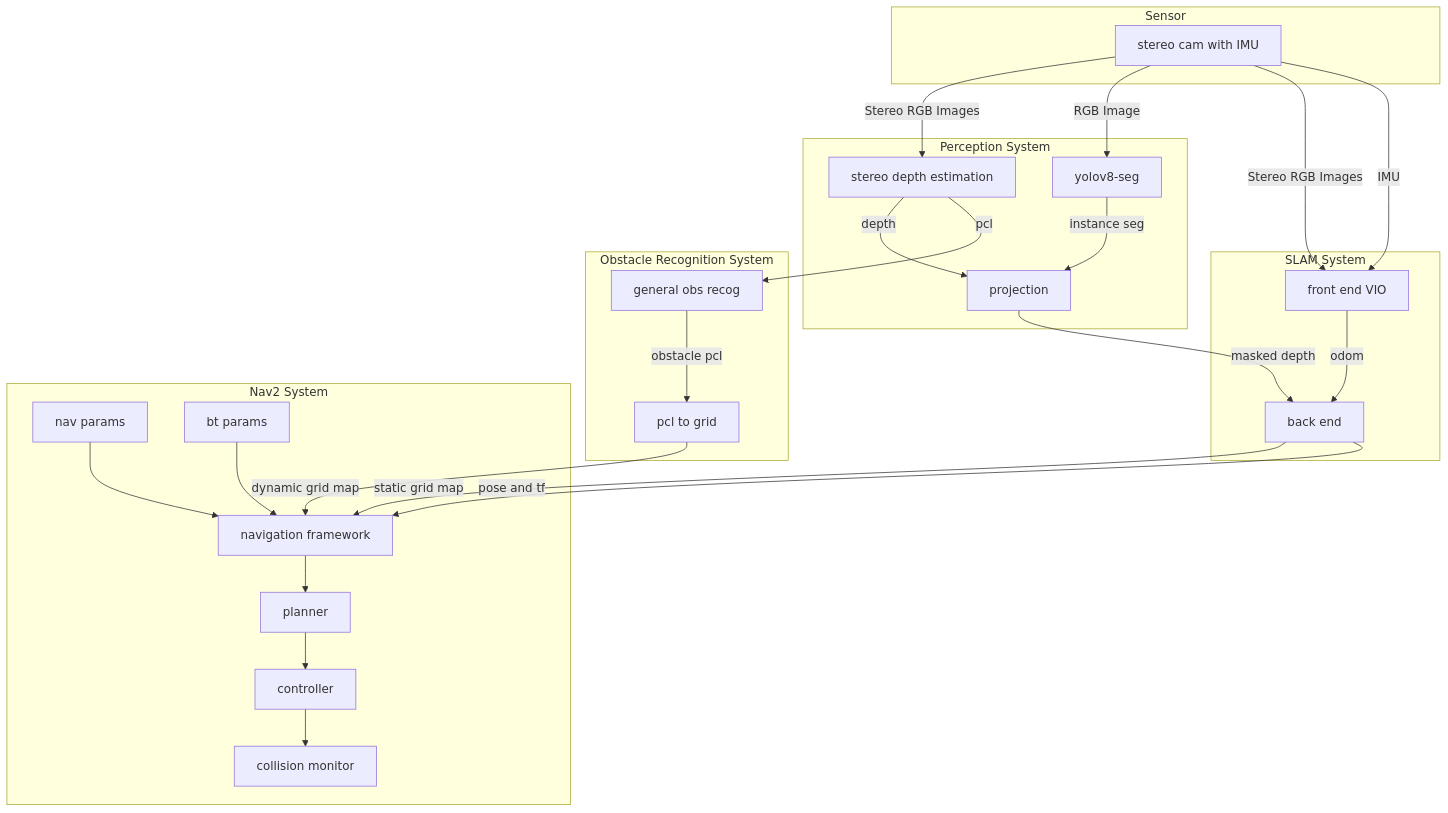
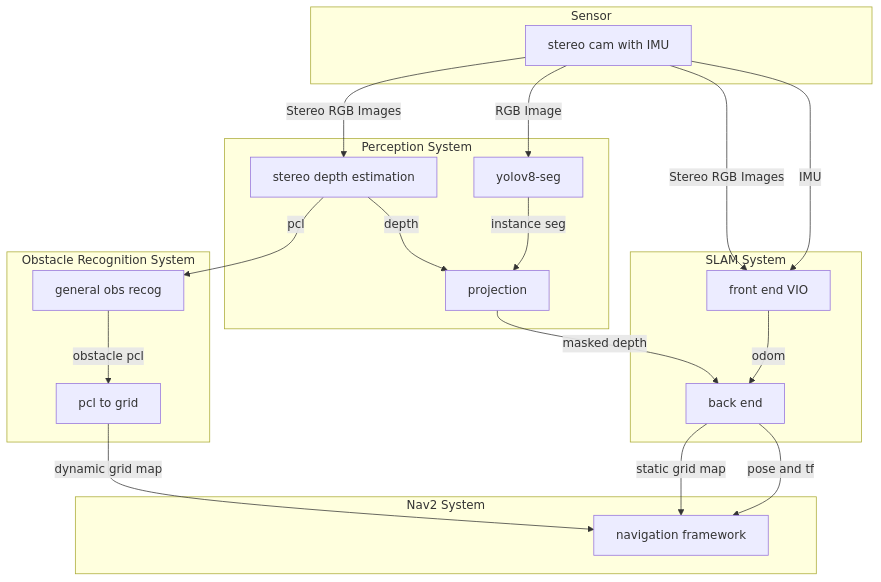
One commit to D-Robotics/tros_vims_doc changed the diagram in tros_vims_doc.md. Above: the diagram before and after it, drawn with Mermaid. The commit also changed 1 other file, not shown here.

Commit message:
fix: Fix mermaid render issue

````diff
--- a/tros_vims_doc.md
+++ b/tros_vims_doc.md
@@ -23,61 +23,49 @@
 ```mermaid
 flowchart TD
     subgraph SRC[Sensor]
         cam[stereo cam with IMU]
     end
 
     subgraph PERC[Perception System]
         sde[stereo depth estimation]
         yolov8_seg[yolov8-seg]
         proj[projection]
     end
 
     subgraph SLAM[SLAM System]
         front_vio[front end VIO]
         back_end[back end]
     end
 
     subgraph OBS_REC[Obstacle Recognition System]
         gen_obs_recog[general obs recog]
         pcl2grid[pcl to grid]
     end
 
     subgraph NAV[Nav2 System]
-        nav_params[nav params]
-        bt_params[bt params]
         nav_frame[navigation framework]
-        planner[planner]
-        controller[controller]
-        collision_mon[collision monitor]
     end
 
     %% 输入源分发
     cam -->|Stereo RGB Images| sde
     cam -->|RGB Image| yolov8_seg
     cam -->|Stereo RGB Images| front_vio
     cam -->|IMU| front_vio
 
     %% 感知系统内部流向
+    sde -->|pcl| gen_obs_recog
     sde -->|depth| proj
     yolov8_seg -->|instance seg| proj
 
     %% SLAM系统内部流向
     front_vio -->|odom| back_end
 
     %% 障碍物识别系统内部流向
     gen_obs_recog -->|obstacle pcl| pcl2grid
 
-    %% 导航系统内部流向
-    nav_params --> nav_frame
-    bt_params --> nav_frame
-    nav_frame --> planner
-    planner --> controller
-    controller --> collision_mon
-
     %% 跨系统数据交互
-    sde -->|pcl| gen_obs_recog
     proj -->|masked depth| back_end
     pcl2grid -->|dynamic grid map| nav_frame
     back_end -->|static grid map| nav_frame
     back_end -->|pose and tf| nav_frame
 ```
````
